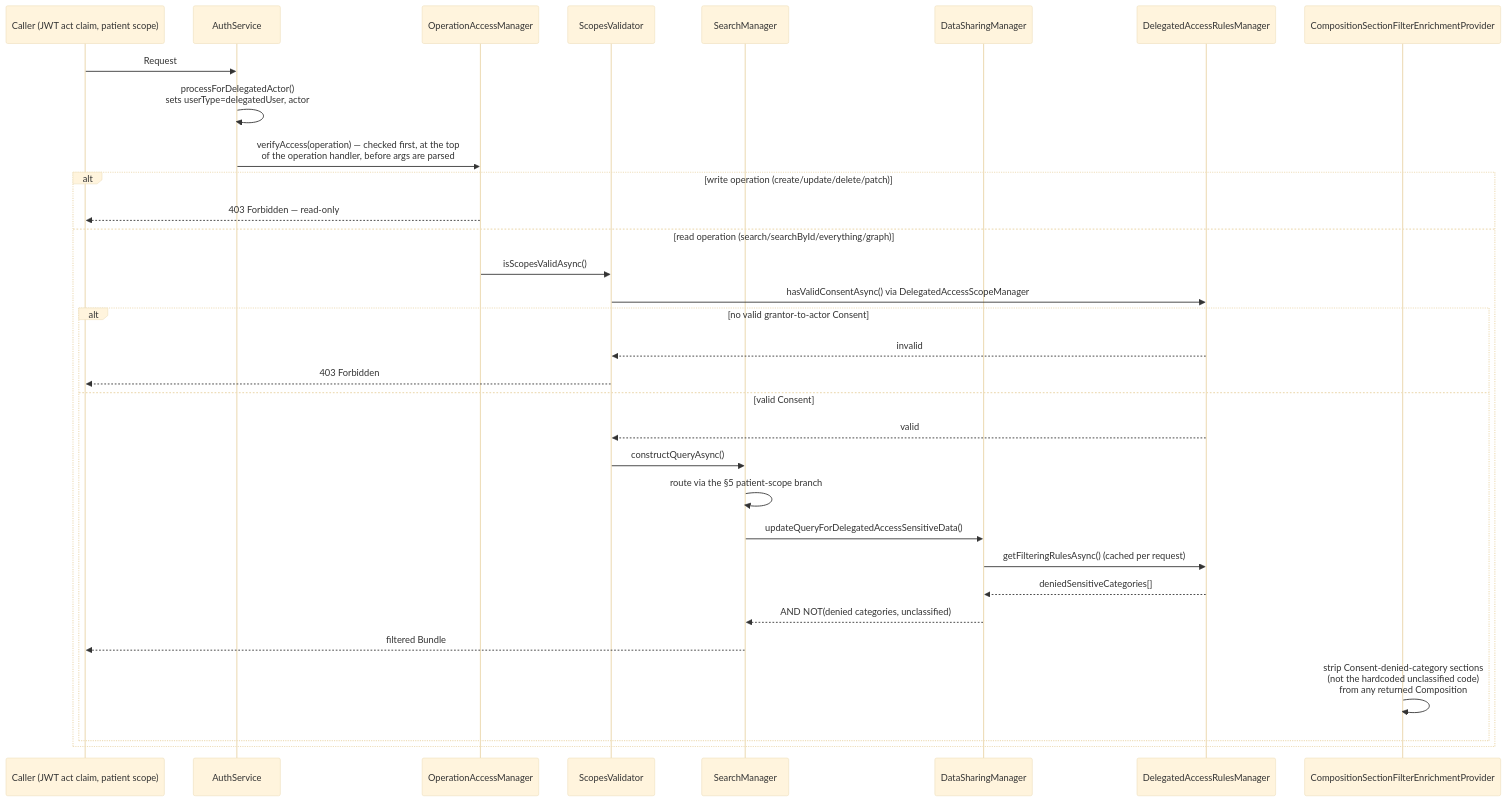
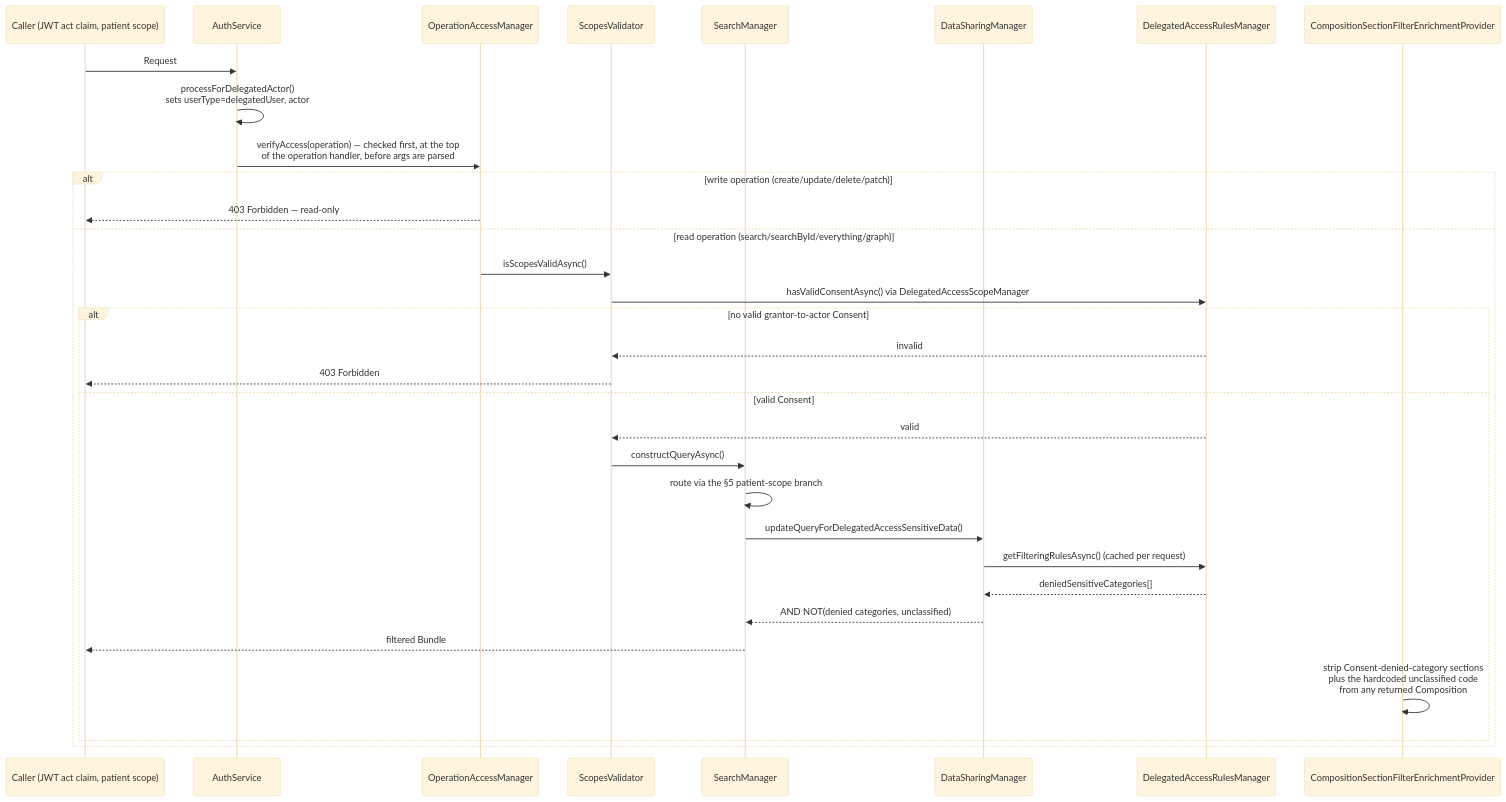
The second of 2 diagrams in docs/resource-authorization.md (icanbwell/fhir-server), drawn with Mermaid (base theme) before and after one commit. The commit also changed other lines of this file, not shown here.

First line of the commit message:
DCON-4896 Address review: existence-oracle caveat, fix stale unclassified/attribution text

````diff
--- a/docs/resource-authorization.md
+++ b/docs/resource-authorization.md
@@ -328,35 +328,35 @@
 ```mermaid
 sequenceDiagram
     participant C as Caller (JWT act claim, patient scope)
     participant Auth as AuthService
     participant OAM as OperationAccessManager
     participant SV as ScopesValidator
     participant SM as SearchManager
     participant DSM as DataSharingManager
     participant DARM as DelegatedAccessRulesManager
     participant Enrich as CompositionSectionFilterEnrichmentProvider
 
     C->>Auth: Request
     Auth->>Auth: processForDelegatedActor()<br/>sets userType=delegatedUser, actor
     Auth->>OAM: verifyAccess(operation) — checked first, at the top<br/>of the operation handler, before args are parsed
     alt write operation (create/update/delete/patch)
         OAM-->>C: 403 Forbidden — read-only
     else read operation (search/searchById/everything/graph)
         OAM->>SV: isScopesValidAsync()
         SV->>DARM: hasValidConsentAsync() via DelegatedAccessScopeManager
         alt no valid grantor-to-actor Consent
             DARM-->>SV: invalid
             SV-->>C: 403 Forbidden
         else valid Consent
             DARM-->>SV: valid
             SV->>SM: constructQueryAsync()
             SM->>SM: route via the §5 patient-scope branch
             SM->>DSM: updateQueryForDelegatedAccessSensitiveData()
             DSM->>DARM: getFilteringRulesAsync() (cached per request)
             DARM-->>DSM: deniedSensitiveCategories[]
             DSM-->>SM: AND NOT(denied categories, unclassified)
             SM-->>C: filtered Bundle
-            Enrich->>Enrich: strip Consent-denied-category sections<br/>(not the hardcoded unclassified code)<br/>from any returned Composition
+            Enrich->>Enrich: strip Consent-denied-category sections<br/>plus the hardcoded unclassified code<br/>from any returned Composition
         end
     end
 ```
````
